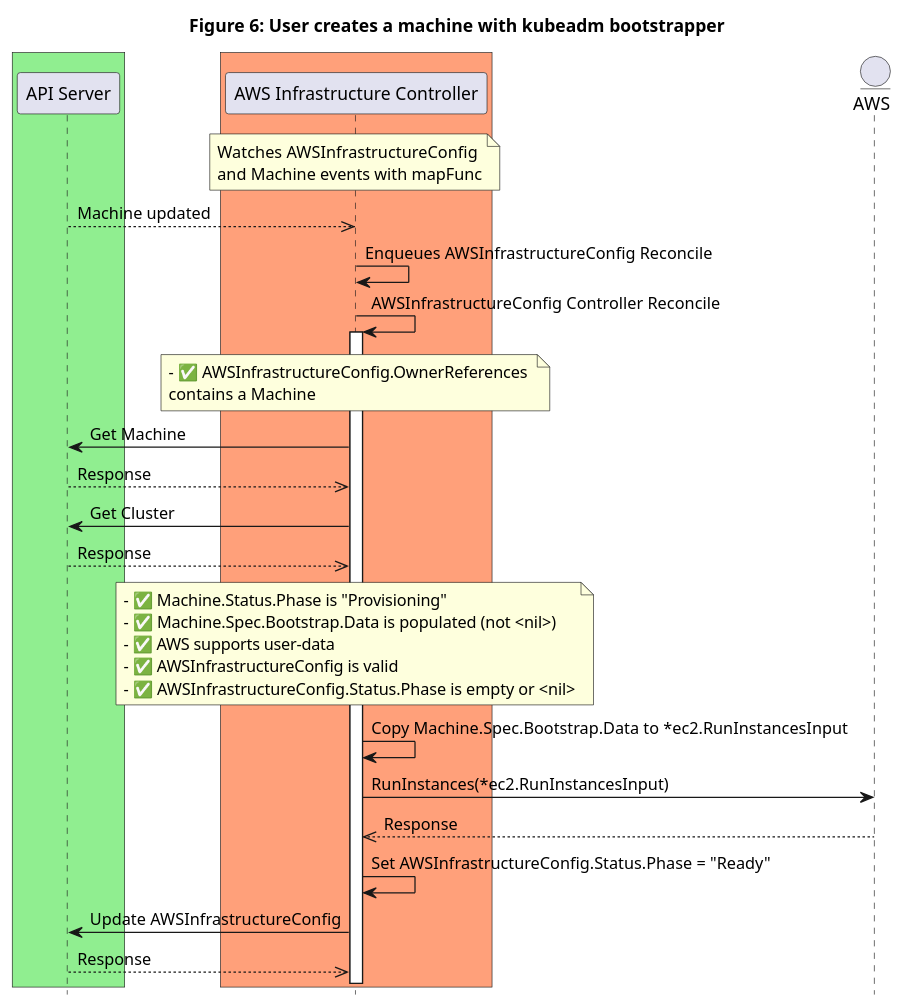
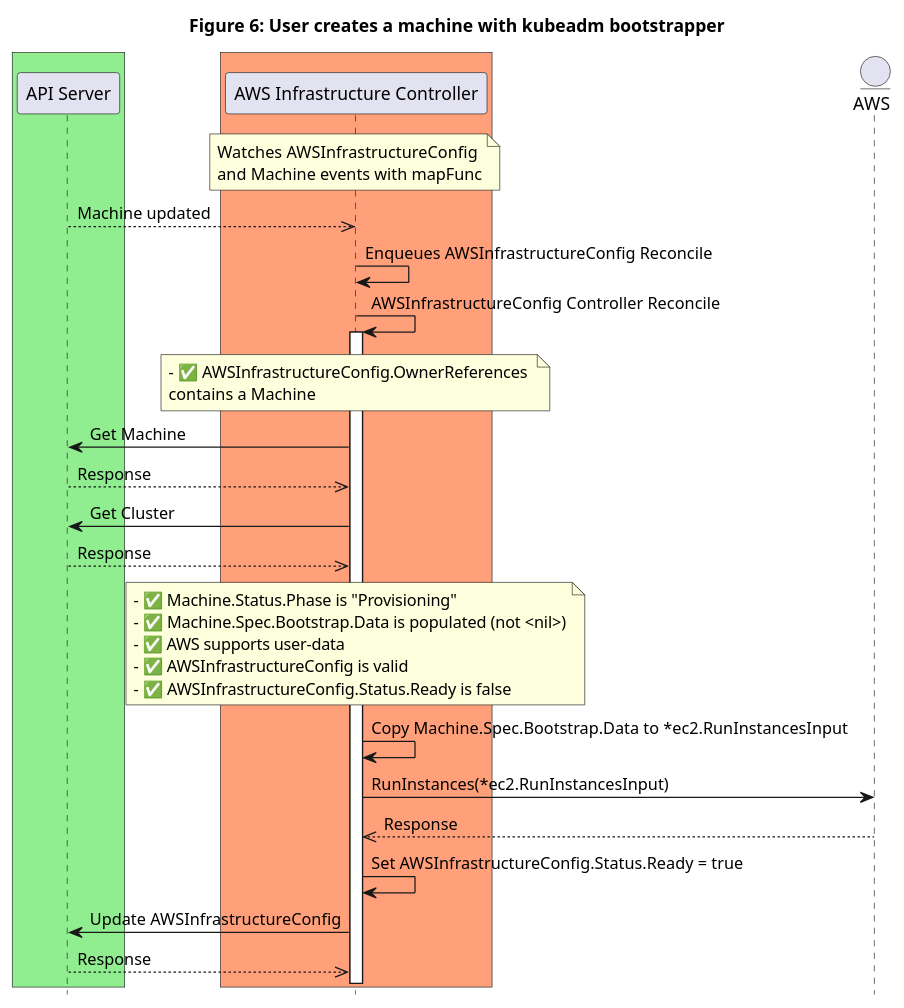
The diagram in docs/proposals/images/machine-states-preboot/Figure6.plantuml (kubernetes-sigs/cluster-api), drawn with PlantUML before and after one commit. The commit also changed 11 other files, not shown here.

Commit message:
Update bootstrap proposal: document Status.Ready

```diff
--- a/docs/proposals/images/machine-states-preboot/Figure6.plantuml
+++ b/docs/proposals/images/machine-states-preboot/Figure6.plantuml
@@ -1,49 +1,49 @@
 @startuml
 title Figure 6: User creates a machine with kubeadm bootstrapper
 
 
 ' -- GROUPS START ---
 
 box #lightgreen
 participant "API Server"
 end box
 
 box #lightsalmon
 participant "AWS Infrastructure Controller"
 end box
 
 ' -- GROUPS END ---
 
 entity AWS
 
 note over "AWS Infrastructure Controller": Watches AWSInfrastructureConfig\nand Machine events with mapFunc
 
 "API Server"-->>"AWS Infrastructure Controller": Machine updated
 
 "AWS Infrastructure Controller"-> "AWS Infrastructure Controller": Enqueues AWSInfrastructureConfig Reconcile
 
 "AWS Infrastructure Controller"-> "AWS Infrastructure Controller": AWSInfrastructureConfig Controller Reconcile
 activate "AWS Infrastructure Controller"
 
 note over "AWS Infrastructure Controller": - ✅ AWSInfrastructureConfig.OwnerReferences \ncontains a Machine
 
 "AWS Infrastructure Controller"->"API Server": Get Machine
 "AWS Infrastructure Controller"<<--"API Server": Response
 
 "AWS Infrastructure Controller"->"API Server": Get Cluster
 "AWS Infrastructure Controller"<<--"API Server": Response
 
-note over "AWS Infrastructure Controller": - ✅ Machine.Status.Phase is "Provisioning" \n- ✅ Machine.Spec.Bootstrap.Data is populated (not <nil>)\n- ✅ AWS supports user-data\n- ✅ AWSInfrastructureConfig is valid\n- ✅ AWSInfrastructureConfig.Status.Phase is empty or <nil>
+note over "AWS Infrastructure Controller": - ✅ Machine.Status.Phase is "Provisioning" \n- ✅ Machine.Spec.Bootstrap.Data is populated (not <nil>)\n- ✅ AWS supports user-data\n- ✅ AWSInfrastructureConfig is valid\n- ✅ AWSInfrastructureConfig.Status.Ready is false
 
 "AWS Infrastructure Controller"-> "AWS Infrastructure Controller": Copy Machine.Spec.Bootstrap.Data to *ec2.RunInstancesInput
 
 "AWS Infrastructure Controller"-> AWS: RunInstances(*ec2.RunInstancesInput)
 "AWS Infrastructure Controller"<<--AWS: Response
 
-"AWS Infrastructure Controller"-> "AWS Infrastructure Controller":Set AWSInfrastructureConfig.Status.Phase = "Ready"
+"AWS Infrastructure Controller"-> "AWS Infrastructure Controller":Set AWSInfrastructureConfig.Status.Ready = true
 
 "AWS Infrastructure Controller"->"API Server": Update AWSInfrastructureConfig
 "AWS Infrastructure Controller"<<--"API Server": Response
 
 hide footbox
 @enduml
```
